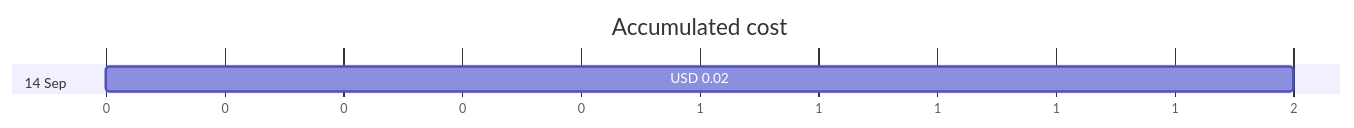
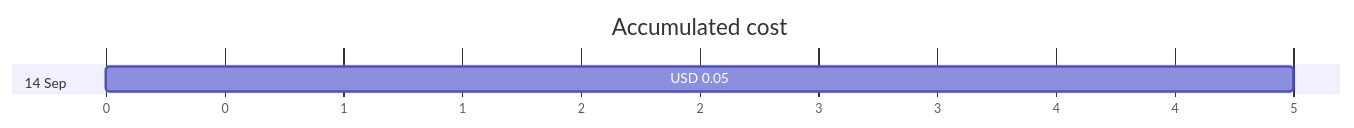
The first of 4 diagrams in cost-reports/personal-network/backup-server-public-ip.md (jpfulton/azure-personal-reports), drawn with Mermaid before and after one commit. The commit also changed other lines of this file and 32 other files, not shown here.

````diff
--- a/cost-reports/personal-network/backup-server-public-ip.md
+++ b/cost-reports/personal-network/backup-server-public-ip.md
@@ -20,8 +20,8 @@
 ```mermaid
 gantt
    title Accumulated cost
    dateFormat  X
    axisFormat %s
    section 14 Sep
-   USD 0.02 :0, 2
+   USD 0.05 :0, 5
 ```
````
